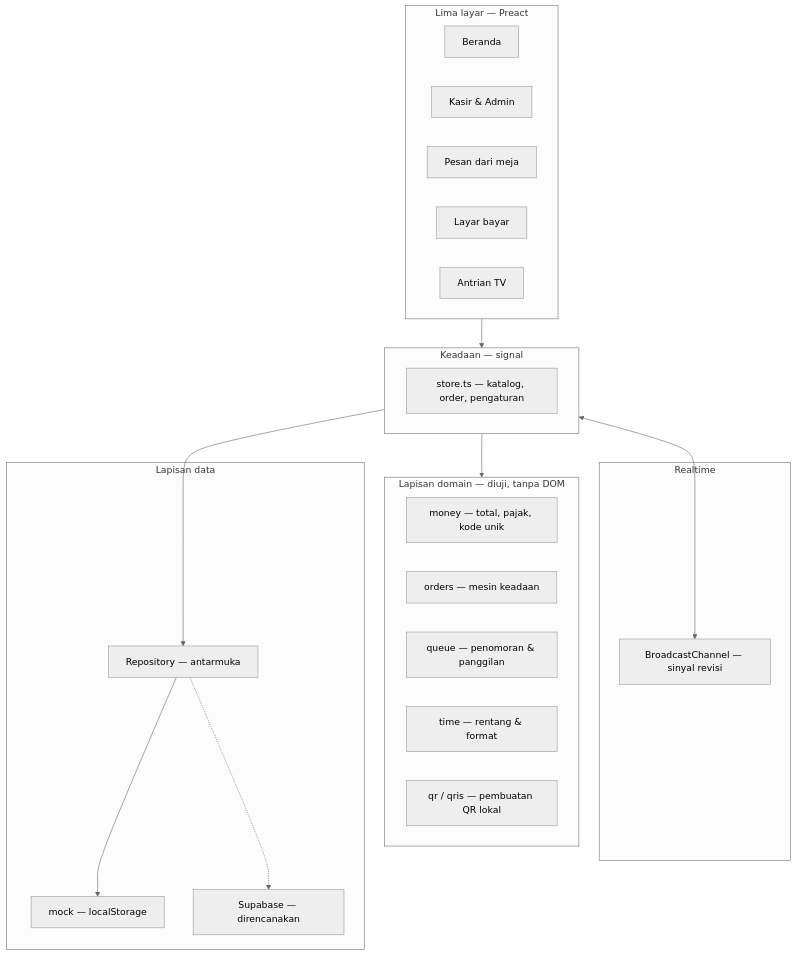
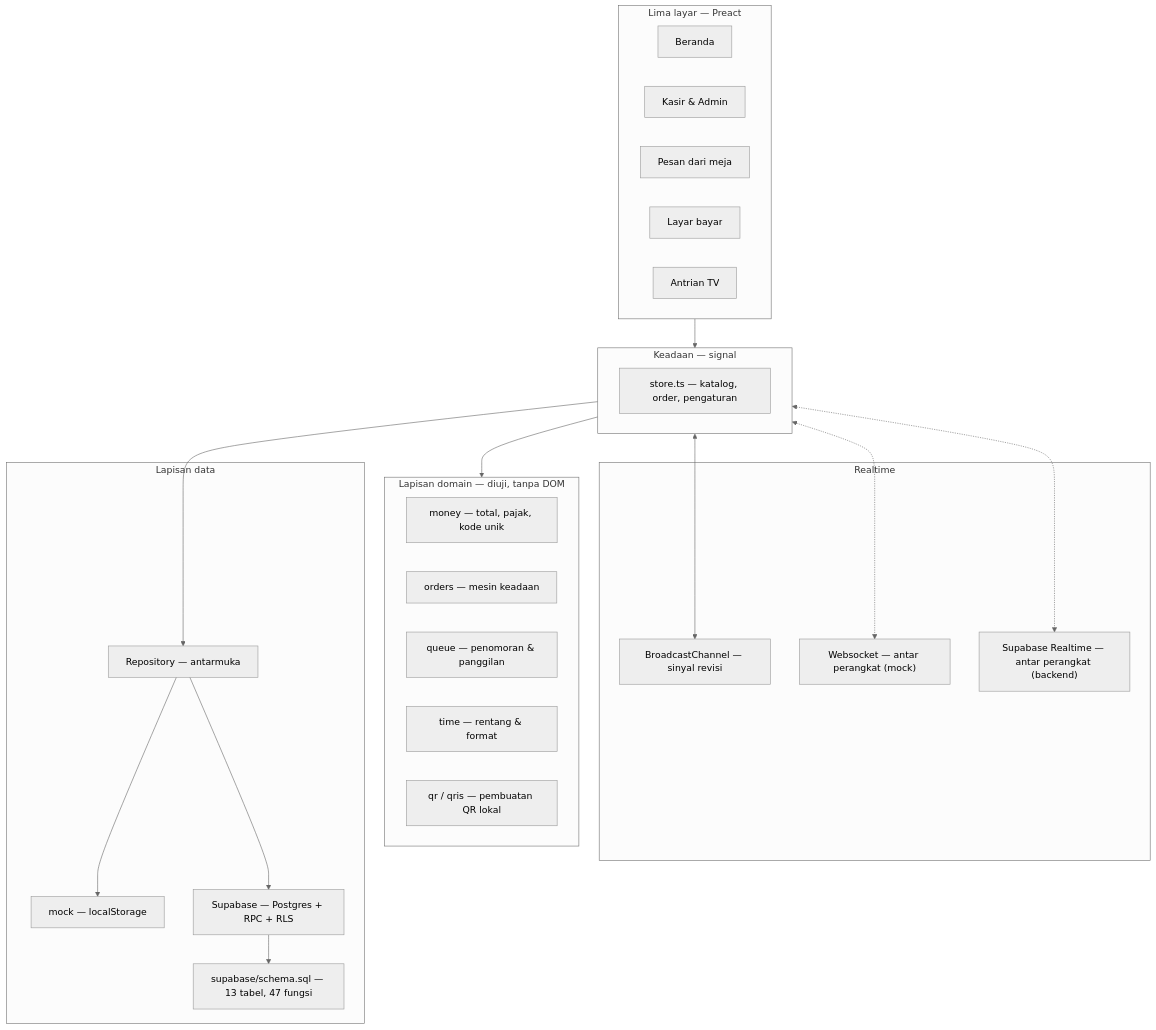
Before and after one commit to cupizfree/byorderkasir: the diagram in README.md, drawn with Mermaid (neutral theme). The commit also changed other lines of this file and 18 other files, not shown here.

````diff
--- a/README.md
+++ b/README.md
@@ -188,39 +224,45 @@
 ```mermaid
 flowchart TB
     subgraph L["Lima layar — Preact"]
         H["Beranda"]
         K["Kasir & Admin"]
         P["Pesan dari meja"]
         B["Layar bayar"]
         A["Antrian TV"]
     end
 
     subgraph D["Lapisan domain — diuji, tanpa DOM"]
         MO["money — total, pajak, kode unik"]
         OR["orders — mesin keadaan"]
         QU["queue — penomoran & panggilan"]
         TI["time — rentang & format"]
         QR["qr / qris — pembuatan QR lokal"]
     end
 
     subgraph S["Keadaan — signal"]
         ST["store.ts — katalog, order, pengaturan"]
     end
 
     subgraph RT["Realtime"]
         BC["BroadcastChannel — sinyal revisi"]
+        WS["Websocket — antar perangkat (mock)"]
+        SR["Supabase Realtime — antar perangkat (backend)"]
     end
 
     subgraph DA["Lapisan data"]
         RI["Repository — antarmuka"]
         MK["mock — localStorage"]
-        SB["Supabase — direncanakan"]
+        SB["Supabase — Postgres + RPC + RLS"]
+        SQL["supabase/schema.sql — 13 tabel, 47 fungsi"]
     end
 
     L --> S
     S --> D
     S --> RI
     RI --> MK
-    RI -.-> SB
+    RI --> SB
+    SB --> SQL
     S <--> BC
+    S <-.-> WS
+    S <-.-> SR
 ```
````
